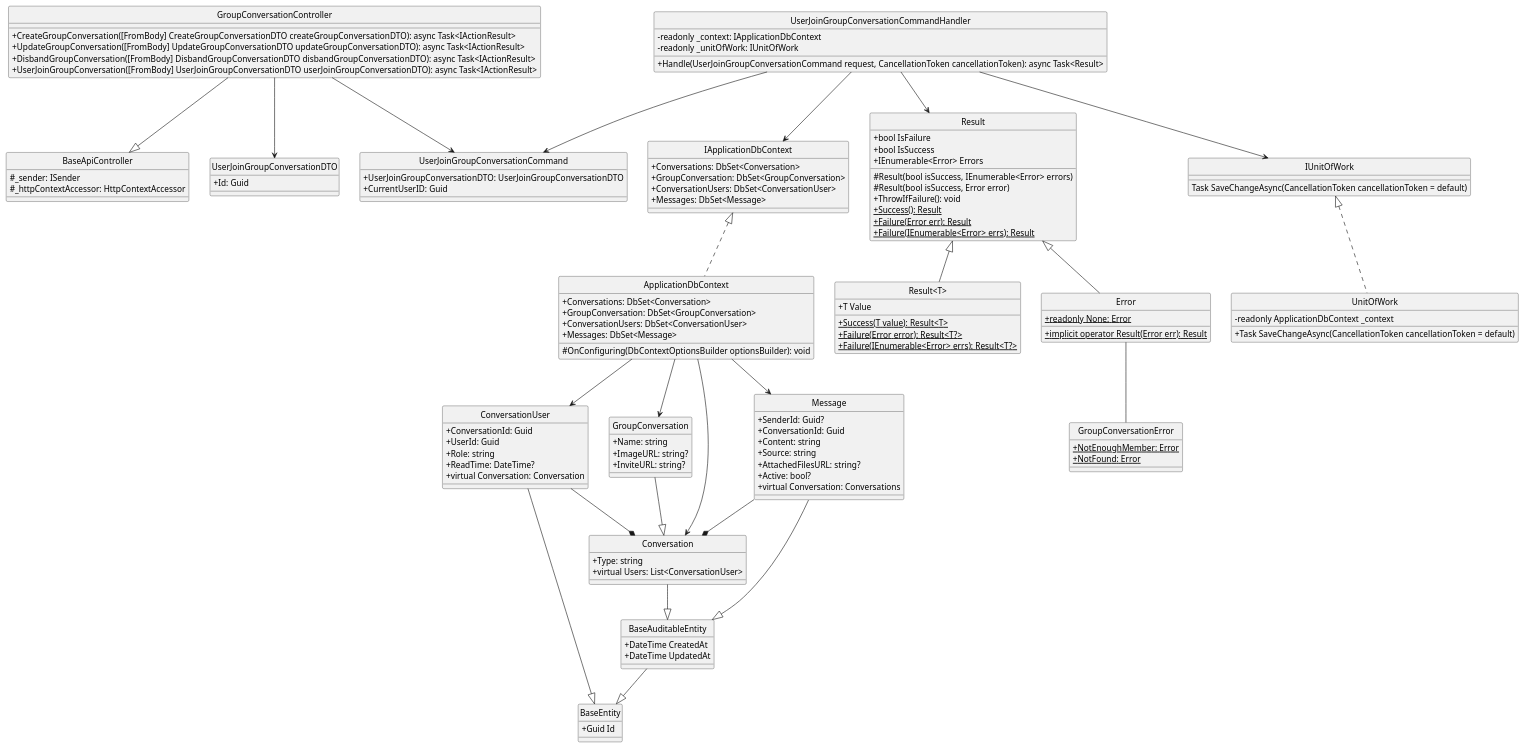
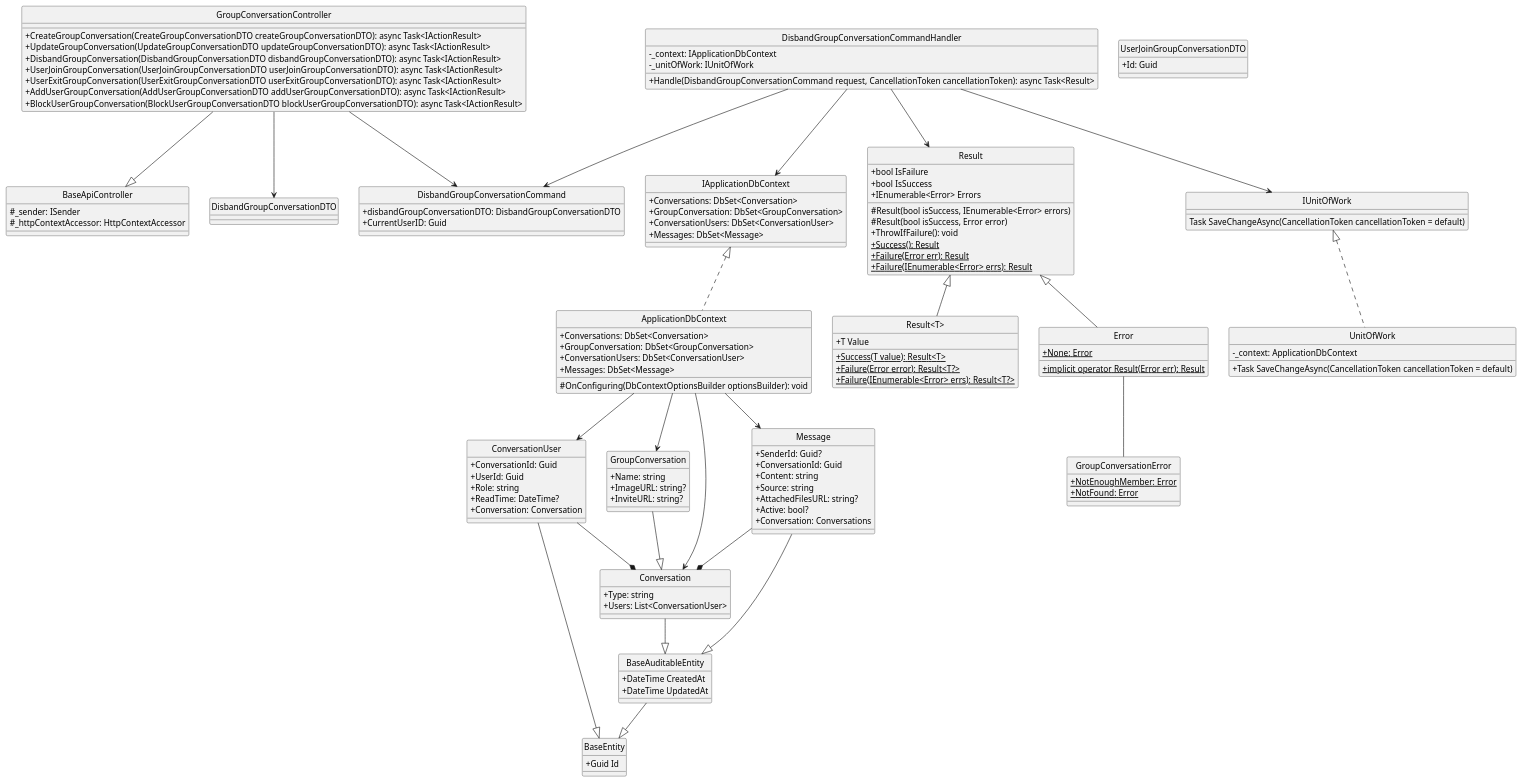
The diagram in docs/Class Diagram/Conversation/GroupDisband/ClassDiagram.plantuml (Carl-Johnsons/Chat-Application), drawn with PlantUML before and after one commit. The commit also changed 8 other files, not shown here.

Commit message:
remove readonly, virture, add join, block, exit group

```diff
--- a/docs/Class Diagram/Conversation/GroupDisband/ClassDiagram.plantuml
+++ b/docs/Class Diagram/Conversation/GroupDisband/ClassDiagram.plantuml
@@ -1,149 +1,154 @@
 @startuml 
 hide circle
 skinparam classAttributeIconSize 0
 
 class BaseApiController {
     #_sender: ISender
     #_httpContextAccessor: HttpContextAccessor
 }
 
 class GroupConversationController {
-    +CreateGroupConversation([FromBody] CreateGroupConversationDTO createGroupConversationDTO): async Task<IActionResult>
-    +UpdateGroupConversation([FromBody] UpdateGroupConversationDTO updateGroupConversationDTO): async Task<IActionResult>
-    +DisbandGroupConversation([FromBody] DisbandGroupConversationDTO disbandGroupConversationDTO): async Task<IActionResult>
-    +UserJoinGroupConversation([FromBody] UserJoinGroupConversationDTO userJoinGroupConversationDTO): async Task<IActionResult>
-
+    +CreateGroupConversation(CreateGroupConversationDTO createGroupConversationDTO): async Task<IActionResult>
+    +UpdateGroupConversation(UpdateGroupConversationDTO updateGroupConversationDTO): async Task<IActionResult>
+    +DisbandGroupConversation(DisbandGroupConversationDTO disbandGroupConversationDTO): async Task<IActionResult>
+    +UserJoinGroupConversation(UserJoinGroupConversationDTO userJoinGroupConversationDTO): async Task<IActionResult>
+    +UserExitGroupConversation(UserExitGroupConversationDTO userExitGroupConversationDTO): async Task<IActionResult>
+    +AddUserGroupConversation(AddUserGroupConversationDTO addUserGroupConversationDTO): async Task<IActionResult>
+    +BlockUserGroupConversation(BlockUserGroupConversationDTO blockUserGroupConversationDTO): async Task<IActionResult>
 }
 
-class UserJoinGroupConversationCommand {
-    +UserJoinGroupConversationDTO: UserJoinGroupConversationDTO
+class DisbandGroupConversationCommand {
+    +disbandGroupConversationDTO: DisbandGroupConversationDTO
     +CurrentUserID: Guid
 }
 
-class UserJoinGroupConversationCommandHandler {
-    -readonly _context: IApplicationDbContext
-    -readonly _unitOfWork: IUnitOfWork
-    +Handle(UserJoinGroupConversationCommand request, CancellationToken cancellationToken): async Task<Result> 
+class DisbandGroupConversationCommandHandler {
+    -_context: IApplicationDbContext
+    -_unitOfWork: IUnitOfWork
+    +Handle(DisbandGroupConversationCommand request, CancellationToken cancellationToken): async Task<Result> 
 }
 
 class IApplicationDbContext {
     +Conversations: DbSet<Conversation>
     +GroupConversation: DbSet<GroupConversation>
     +ConversationUsers: DbSet<ConversationUser>
     +Messages: DbSet<Message>
 }
 
 class ApplicationDbContext {
     +Conversations: DbSet<Conversation>
     +GroupConversation: DbSet<GroupConversation>
     +ConversationUsers: DbSet<ConversationUser>
     +Messages: DbSet<Message>
     #OnConfiguring(DbContextOptionsBuilder optionsBuilder): void
 }
 
 class Result {
     +bool IsFailure
     +bool IsSuccess
     +IEnumerable<Error> Errors
     #Result(bool isSuccess, IEnumerable<Error> errors)
     #Result(bool isSuccess, Error error)
     +ThrowIfFailure(): void
     {static} +Success(): Result
     {static} +Failure(Error err): Result
     {static} +Failure(IEnumerable<Error> errs): Result
 }
 
 class "Result<T>" {
     +T Value
     {static} +Success(T value): Result<T>
     {static} +Failure(Error error): Result<T?>
     {static} +Failure(IEnumerable<Error> errs): Result<T?>
 }
 
 class Error {
-    {static} +readonly None: Error
+    {static} +None: Error
     {static} +implicit operator Result(Error err): Result
 }
 
 class UserJoinGroupConversationDTO{
     +Id: Guid
 }
 
 class IUnitOfWork {
     Task SaveChangeAsync(CancellationToken cancellationToken = default)
 }
 
 class UnitOfWork {
-    -readonly ApplicationDbContext _context
+    -_context: ApplicationDbContext
     +Task SaveChangeAsync(CancellationToken cancellationToken = default)
 }
 
 class GroupConversationError {
     {static} +NotEnoughMember: Error
     {static} +NotFound: Error
 }
 
 class BaseEntity {
     +Guid Id
 }
 
 class BaseAuditableEntity{
     +DateTime CreatedAt
     +DateTime UpdatedAt
 }
 
 class Conversation {
     +Type: string
-    +virtual Users: List<ConversationUser>
+    +Users: List<ConversationUser>
 }
 
 class GroupConversation {
     +Name: string
     +ImageURL: string?
     +InviteURL: string?
 }
 
 class ConversationUser {
     +ConversationId: Guid
     +UserId: Guid
     +Role: string
     +ReadTime: DateTime?
-    +virtual Conversation: Conversation
+    +Conversation: Conversation
 }
 
 class Message {
     +SenderId: Guid?
     +ConversationId: Guid
     +Content: string
     +Source: string
     +AttachedFilesURL: string?
     +Active: bool?
-    +virtual Conversation: Conversations
+    +Conversation: Conversations
 }
 
 
 GroupConversationController --|> BaseApiController
-GroupConversationController --> UserJoinGroupConversationDTO
-GroupConversationController --> UserJoinGroupConversationCommand
-UserJoinGroupConversationCommandHandler --> UserJoinGroupConversationCommand
-UserJoinGroupConversationCommandHandler --> Result
-UserJoinGroupConversationCommandHandler --> IUnitOfWork
-UserJoinGroupConversationCommandHandler --> IApplicationDbContext
+GroupConversationController --> DisbandGroupConversationDTO
+GroupConversationController --> DisbandGroupConversationCommand
+
+DisbandGroupConversationCommandHandler --> DisbandGroupConversationCommand
+DisbandGroupConversationCommandHandler --> Result
+DisbandGroupConversationCommandHandler --> IUnitOfWork
+DisbandGroupConversationCommandHandler --> IApplicationDbContext
+
 IUnitOfWork <|.. UnitOfWork
 IApplicationDbContext <|.. ApplicationDbContext
 Result <|-- Error
 Result <|-- "Result<T>"
 Error -- GroupConversationError
+
 ApplicationDbContext --> Conversation
 ApplicationDbContext --> GroupConversation
 ApplicationDbContext --> ConversationUser
 ApplicationDbContext --> Message
 
 Conversation --|> BaseAuditableEntity
 GroupConversation --|> Conversation
 ConversationUser --|> BaseEntity
 ConversationUser --* Conversation
 Message --|> BaseAuditableEntity
 Message --* Conversation
 BaseAuditableEntity --|> BaseEntity
 @enduml
```
